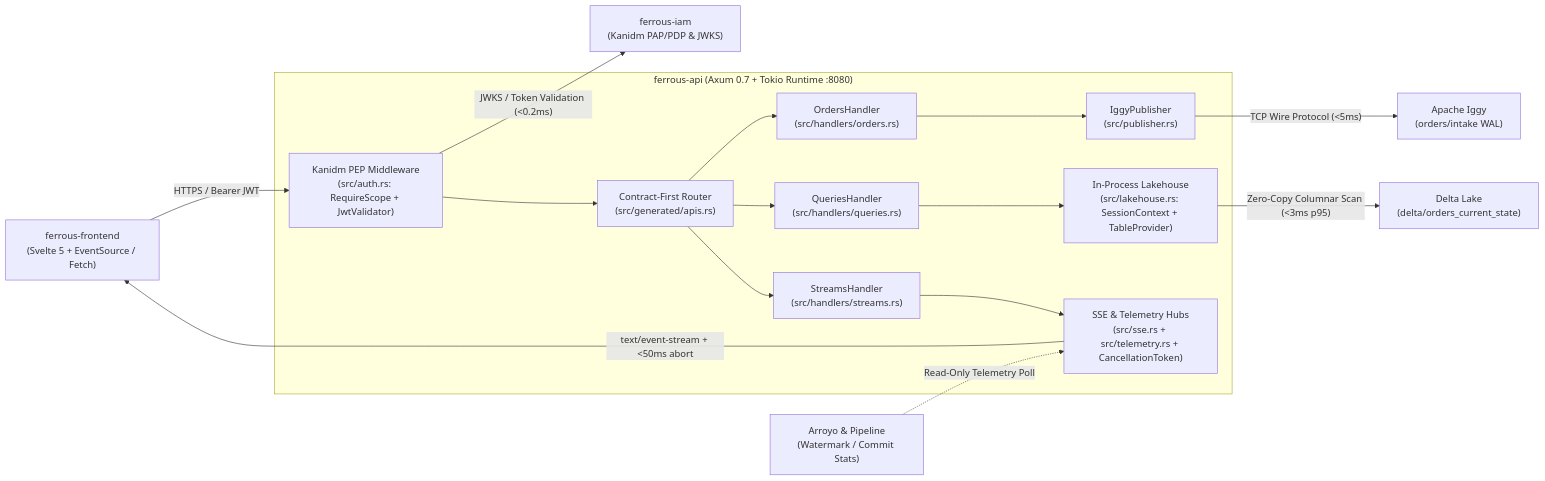
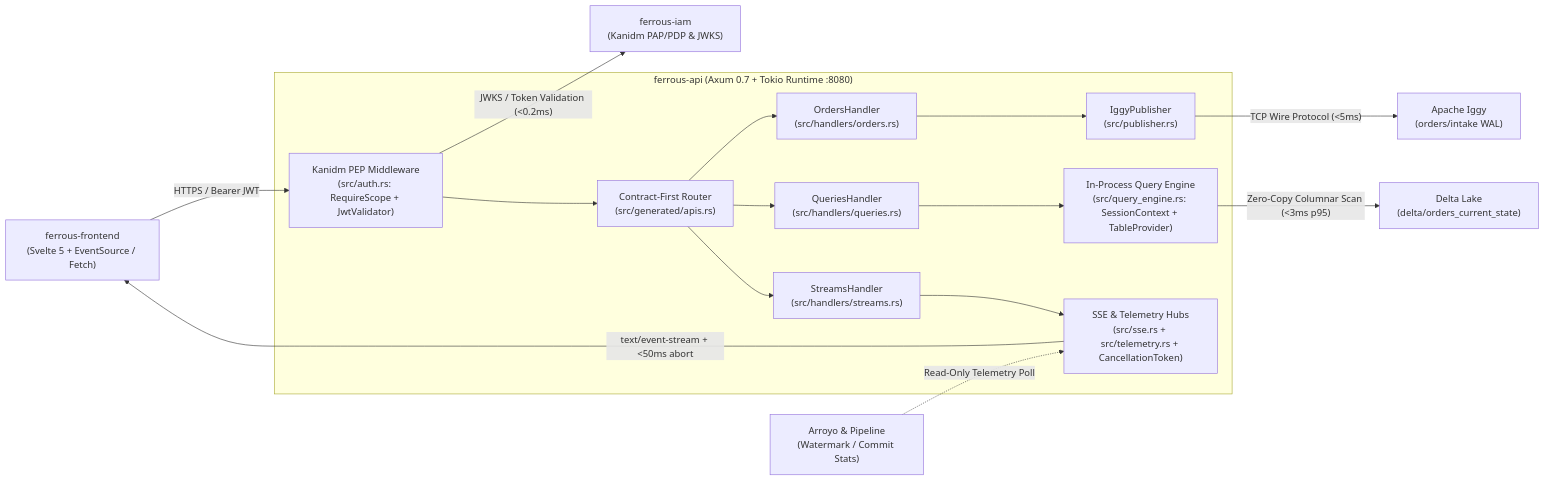
One commit to reidlai/ferrous-api changed the diagram in README.md. Above: the diagram before and after it, drawn with Mermaid. The commit also changed other lines of this file and 5 other files, not shown here.

Commit message:
refactor(query-engine): rename lakehouse.rs to query_engine.rs and clarify read-only DataFusion role

````diff
--- a/README.md
+++ b/README.md
@@ -12,30 +12,30 @@
 ```mermaid
 flowchart LR
     UI["ferrous-frontend<br/>(Svelte 5 + EventSource / Fetch)"]
     IAM["ferrous-iam<br/>(Kanidm PAP/PDP & JWKS)"]
     IGGY["Apache Iggy<br/>(orders/intake WAL)"]
     DELTA["Delta Lake<br/>(delta/orders_current_state)"]
     ARROYO["Arroyo & Pipeline<br/>(Watermark / Commit Stats)"]
 
     subgraph API["ferrous-api (Axum 0.7 + Tokio Runtime :8080)"]
         PEP["Kanidm PEP Middleware<br/>(src/auth.rs: RequireScope + JwtValidator)"]
         ROUTER["Contract-First Router<br/>(src/generated/apis.rs)"]
         CMD["OrdersHandler<br/>(src/handlers/orders.rs)"]
         PUB["IggyPublisher<br/>(src/publisher.rs)"]
         QRY["QueriesHandler<br/>(src/handlers/queries.rs)"]
-        LH["In-Process Lakehouse<br/>(src/lakehouse.rs: SessionContext + TableProvider)"]
+        LH["In-Process Query Engine<br/>(src/query_engine.rs: SessionContext + TableProvider)"]
         STR["StreamsHandler<br/>(src/handlers/streams.rs)"]
         SSE["SSE & Telemetry Hubs<br/>(src/sse.rs + src/telemetry.rs + CancellationToken)"]
     end
 
     UI -->|"HTTPS / Bearer JWT"| PEP
     PEP -->|"JWKS / Token Validation (<0.2ms)"| IAM
     PEP --> ROUTER
     ROUTER --> CMD
     ROUTER --> QRY
     ROUTER --> STR
     CMD --> PUB -->|"TCP Wire Protocol (<5ms)"| IGGY
     QRY --> LH -->|"Zero-Copy Columnar Scan (<3ms p95)"| DELTA
     STR --> SSE -->|"text/event-stream + <50ms abort"| UI
     ARROYO -.->|"Read-Only Telemetry Poll"| SSE
 ```
````
